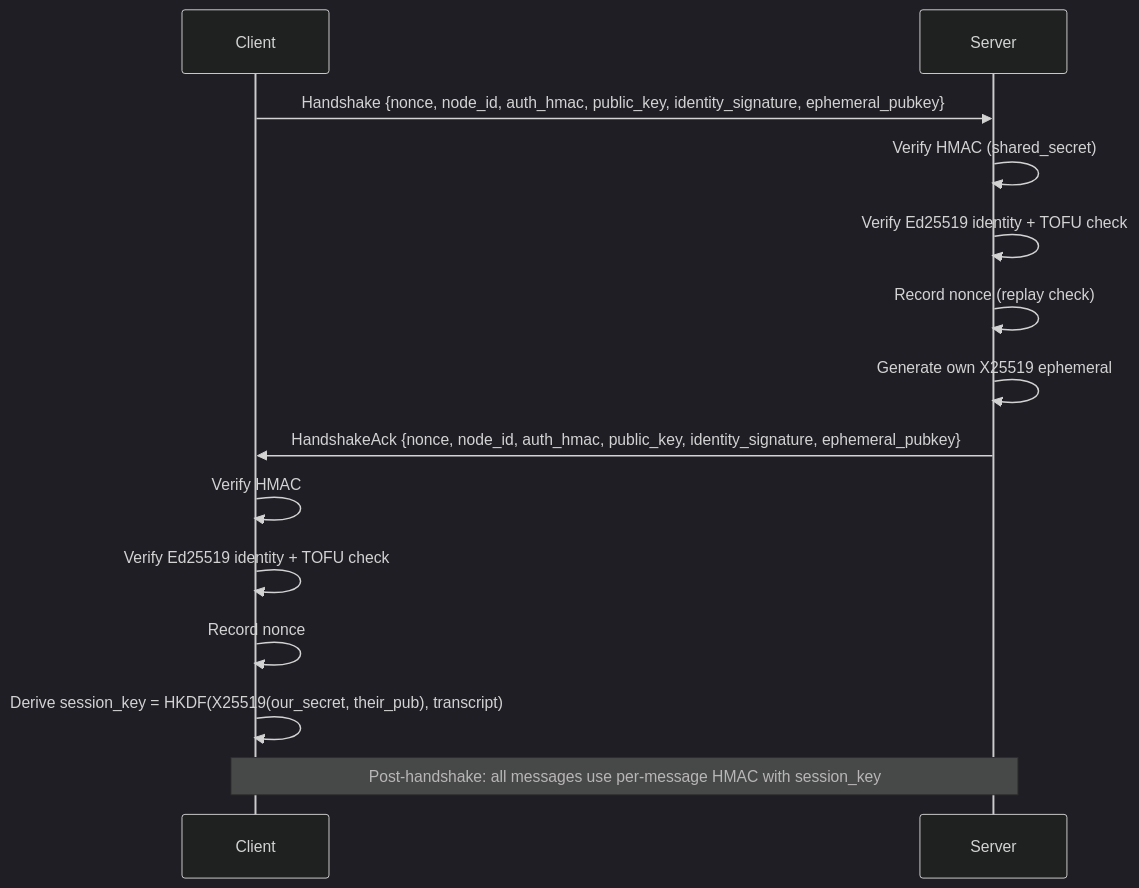
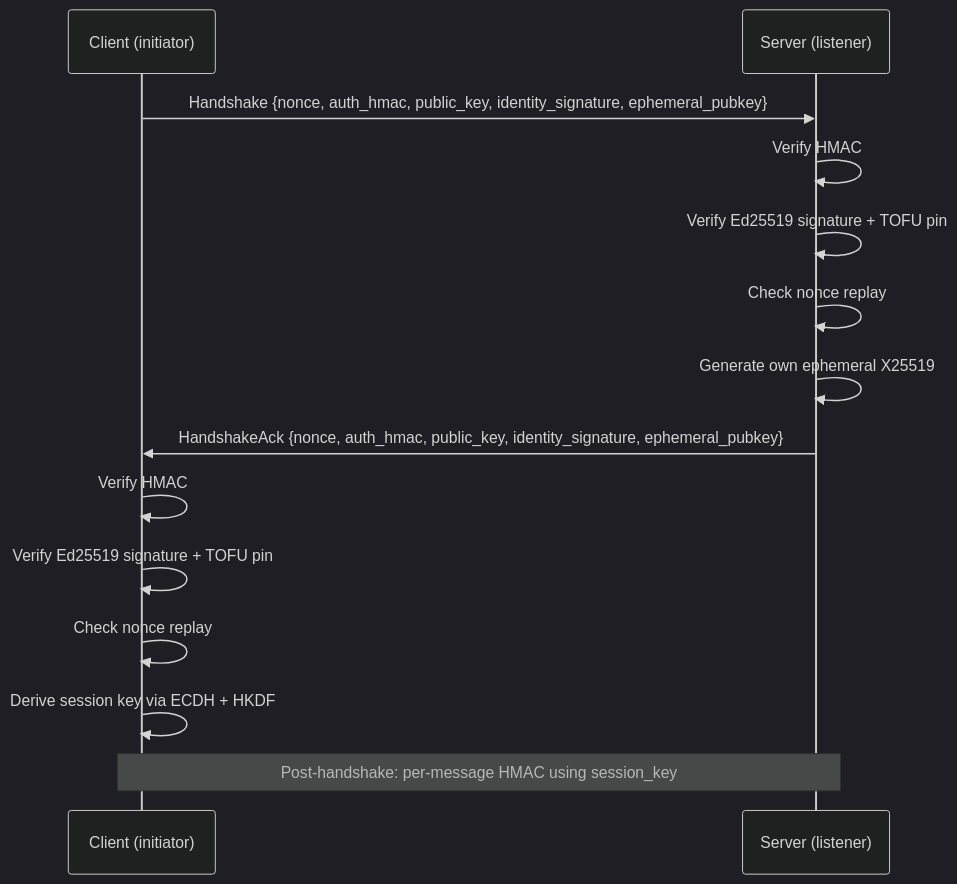
One commit to leszek3737/librefang-WIki changed the second of 2 diagrams in wire-protocol-networking.md. Above: the diagram before and after it, drawn with Mermaid (dark theme). The commit also changed other lines of this file and 125 other files, not shown here.

````diff
--- a/wire-protocol-networking.md
+++ b/wire-protocol-networking.md
@@ -236,17 +133,17 @@
 ```mermaid
 sequenceDiagram
-    participant C as Client
-    participant S as Server
+    participant C as Client (initiator)
+    participant S as Server (listener)
 
-    C->>S: Handshake {nonce, node_id, auth_hmac, public_key, identity_signature, ephemeral_pubkey}
-    S->>S: Verify HMAC (shared_secret)
-    S->>S: Verify Ed25519 identity + TOFU check
-    S->>S: Record nonce (replay check)
-    S->>S: Generate own X25519 ephemeral
-    S->>C: HandshakeAck {nonce, node_id, auth_hmac, public_key, identity_signature, ephemeral_pubkey}
+    C->>S: Handshake {nonce, auth_hmac, public_key, identity_signature, ephemeral_pubkey}
+    S->>S: Verify HMAC
+    S->>S: Verify Ed25519 signature + TOFU pin
+    S->>S: Check nonce replay
+    S->>S: Generate own ephemeral X25519
+    S->>C: HandshakeAck {nonce, auth_hmac, public_key, identity_signature, ephemeral_pubkey}
     C->>C: Verify HMAC
-    C->>C: Verify Ed25519 identity + TOFU check
-    C->>C: Record nonce
-    C->>C: Derive session_key = HKDF(X25519(our_secret, their_pub), transcript)
-    Note over C,S: Post-handshake: all messages use per-message HMAC with session_key
+    C->>C: Verify Ed25519 signature + TOFU pin
+    C->>C: Check nonce replay
+    C->>C: Derive session key via ECDH + HKDF
+    Note over C,S: Post-handshake: per-message HMAC using session_key
 ```
````
